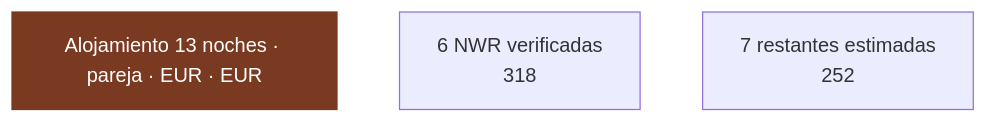
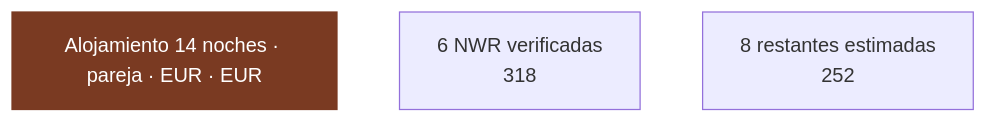
One commit to morandeirachema/namibia changed the fourth of 8 diagrams in 02-presupuesto.md. Above: the diagram before and after it, drawn with Mermaid. The commit also changed other lines of this file and 13 other files, not shown here.

````diff
--- a/02-presupuesto.md
+++ b/02-presupuesto.md
@@ -202,9 +206,9 @@
 ```mermaid
 flowchart LR
-    T["Alojamiento 13 noches · pareja · EUR · EUR"]
+    T["Alojamiento 14 noches · pareja · EUR · EUR"]
     n0["6 NWR verificadas<br/>318"]
-    n1["7 restantes estimadas<br/>252"]
+    n1["8 restantes estimadas<br/>252"]
     T ~~~ n0
     n0 ~~~ n1
     style T fill:#7a3a22,color:#fff,stroke:#7a3a22
 ```
````
